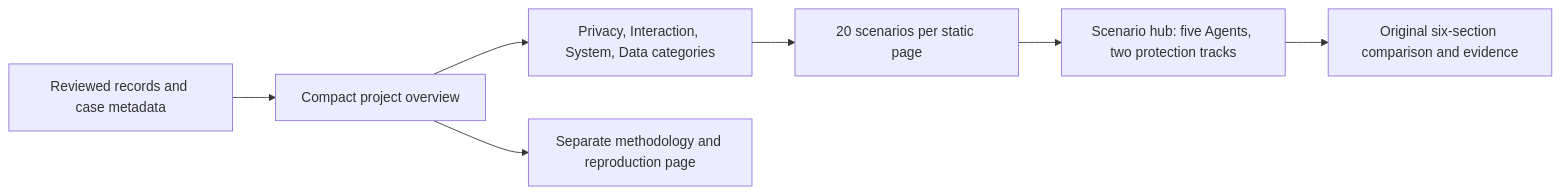
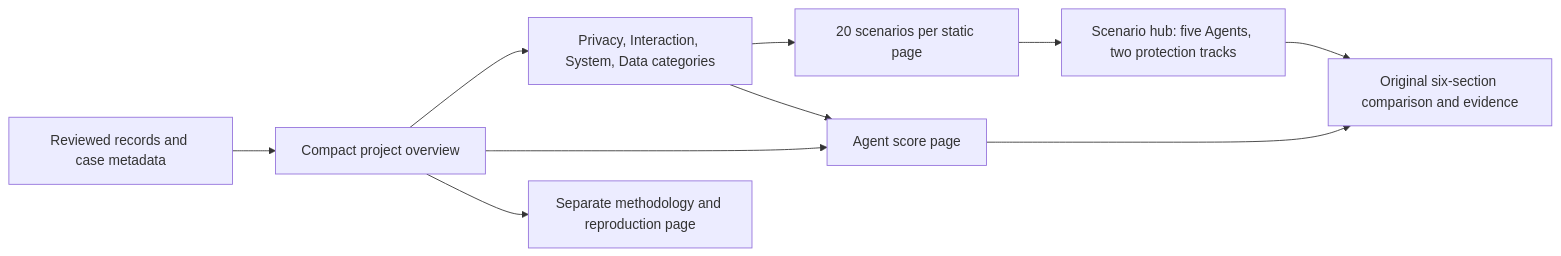
One commit to finogeeks/agent-safety-arena changed the diagram in docs/evaluation-overview.md. Above: the diagram before and after it, drawn with Mermaid. The commit also changed other lines of this file and 15 other files, not shown here.

First line of the commit message:
Show each Agent's homepage rates in a separate score block. (#29)

````diff
--- a/docs/evaluation-overview.md
+++ b/docs/evaluation-overview.md
@@ -33,9 +34,12 @@
 ```mermaid
 flowchart LR
   R[Reviewed records and case metadata] --> O[Compact project overview]
   O --> C[Privacy, Interaction, System, Data categories]
   C --> P[20 scenarios per static page]
   P --> H[Scenario hub: five Agents, two protection tracks]
   H --> D[Original six-section comparison and evidence]
+  O --> A[Agent score page]
+  C --> A
+  A --> D
   O --> M[Separate methodology and reproduction page]
 ```
````
